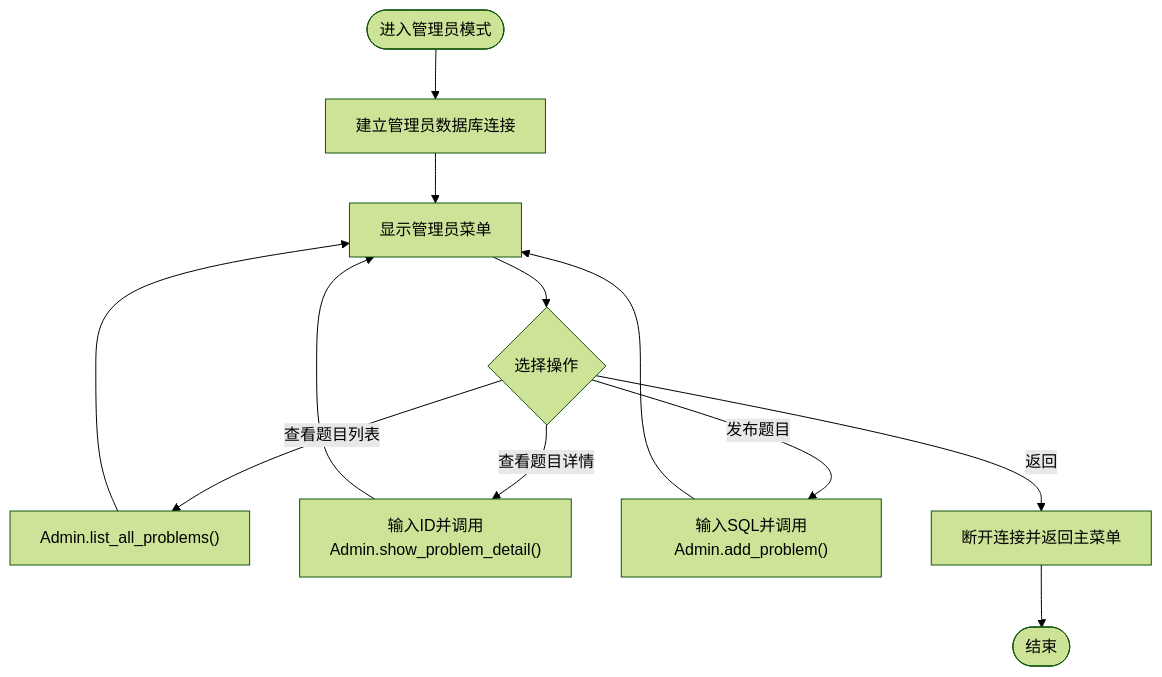
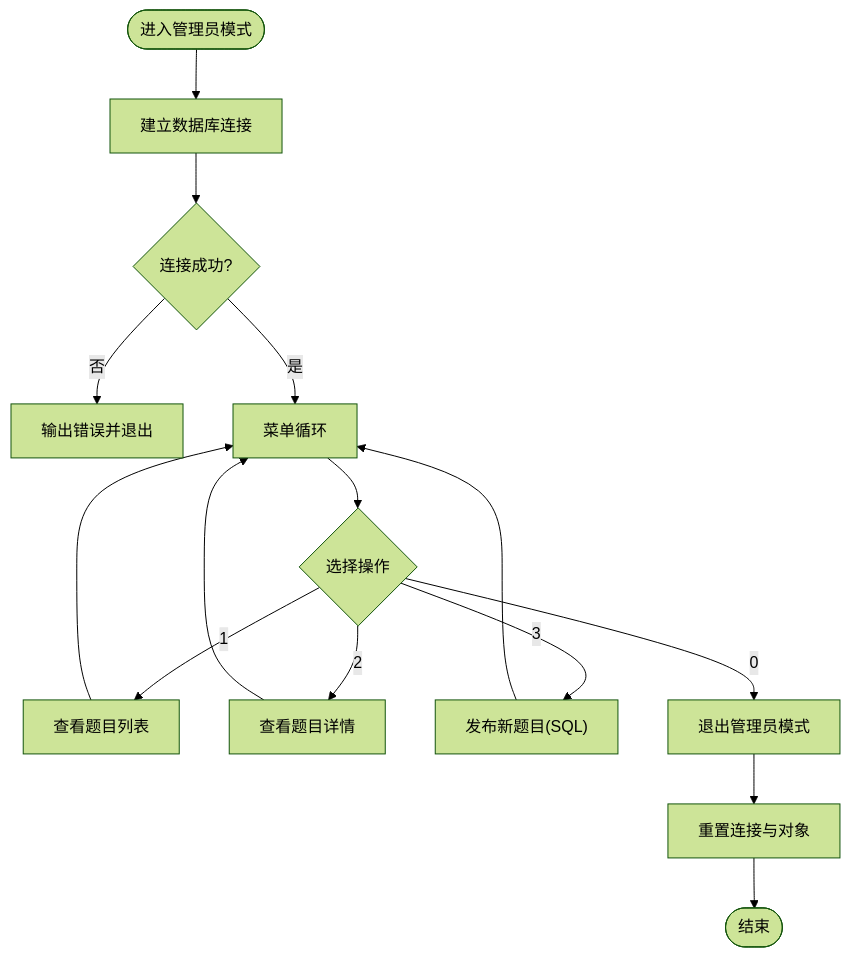
Before and after one commit to jinpeng900/OJ-Test: the fourth of 7 diagrams in .qoder/repowiki/zh/content/系统架构设计/系统架构设计.md, drawn with Mermaid (forest theme). The commit also changed other lines of this file and 147 other files, not shown here.

````diff
--- a/.qoder/repowiki/zh/content/系统架构设计/系统架构设计.md
+++ b/.qoder/repowiki/zh/content/系统架构设计/系统架构设计.md
@@ -195,14 +246,17 @@
 ```mermaid
 flowchart TD
-Start(["进入管理员模式"]) --> Conn["建立管理员数据库连接"]
-Conn --> Menu["显示管理员菜单"]
-Menu --> Choice{"选择操作"}
-Choice --> |查看题目列表| List["Admin.list_all_problems()"]
-Choice --> |查看题目详情| Detail["输入ID并调用Admin.show_problem_detail()"]
-Choice --> |发布题目| Add["输入SQL并调用Admin.add_problem()"]
-Choice --> |返回| Back["断开连接并返回主菜单"]
-List --> Menu
-Detail --> Menu
-Add --> Menu
-Back --> End(["结束"])
+Start(["进入管理员模式"]) --> Connect["建立数据库连接"]
+Connect --> Connected{"连接成功?"}
+Connected --> |否| Fail["输出错误并退出"]
+Connected --> |是| Loop["菜单循环"]
+Loop --> Choice{"选择操作"}
+Choice --> |1| List["查看题目列表"]
+Choice --> |2| Detail["查看题目详情"]
+Choice --> |3| Add["发布新题目(SQL)"]
+Choice --> |0| Exit["退出管理员模式"]
+List --> Loop
+Detail --> Loop
+Add --> Loop
+Exit --> Reset["重置连接与对象"]
+Reset --> End(["结束"])
 ```
````
